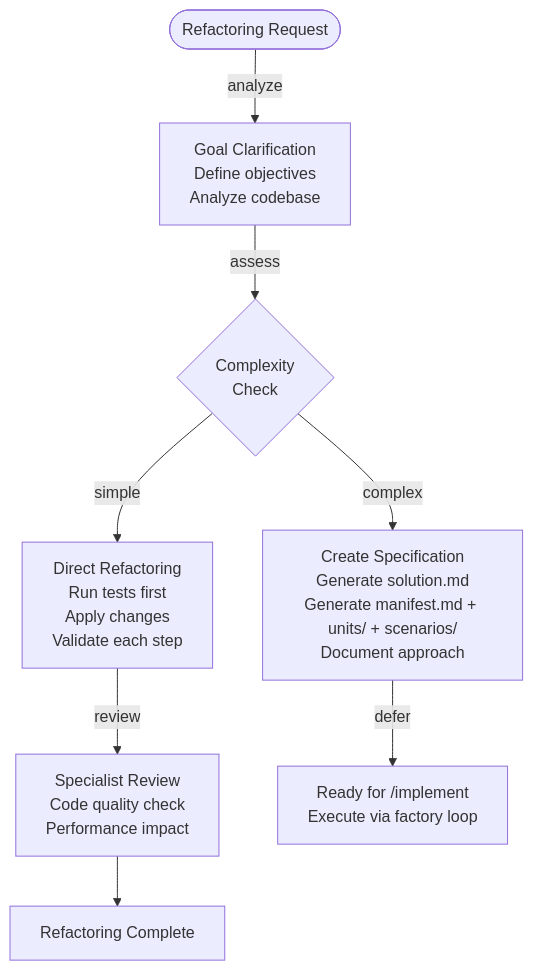
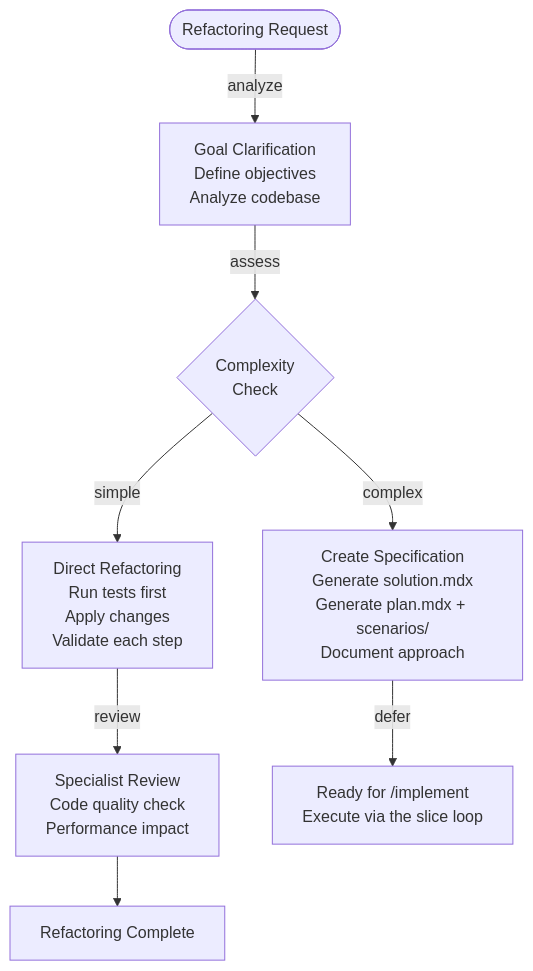
Before and after one commit to rsmdt/the-startup: the eighth of 10 diagrams in plugins/start/README.md, drawn with Mermaid. The commit also changed other lines of this file and 2 other files, not shown here.

Commit message:
docs: describe single implement flow + task-tracker model

````diff
--- a/plugins/start/README.md
+++ b/plugins/start/README.md
@@ -473,10 +430,10 @@
 ```mermaid
 flowchart TD
     A([Refactoring Request]) --> |analyze| B[Goal Clarification<br/>Define objectives<br/>Analyze codebase]
     B --> |assess| C{Complexity<br>Check}
     C --> |simple| D[Direct Refactoring<br/>Run tests first<br/>Apply changes<br/>Validate each step]
     D --> |review| E[Specialist Review<br/>Code quality check<br/>Performance impact]
     E --> DONE[Refactoring Complete]
-    C --> |complex| F[Create Specification<br/>Generate solution.md<br/>Generate manifest.md + units/ + scenarios/<br/>Document approach]
-    F --> |defer| G[Ready for /implement<br/>Execute via factory loop]
+    C --> |complex| F[Create Specification<br/>Generate solution.mdx<br/>Generate plan.mdx + scenarios/<br/>Document approach]
+    F --> |defer| G[Ready for /implement<br/>Execute via the slice loop]
 ```
````
